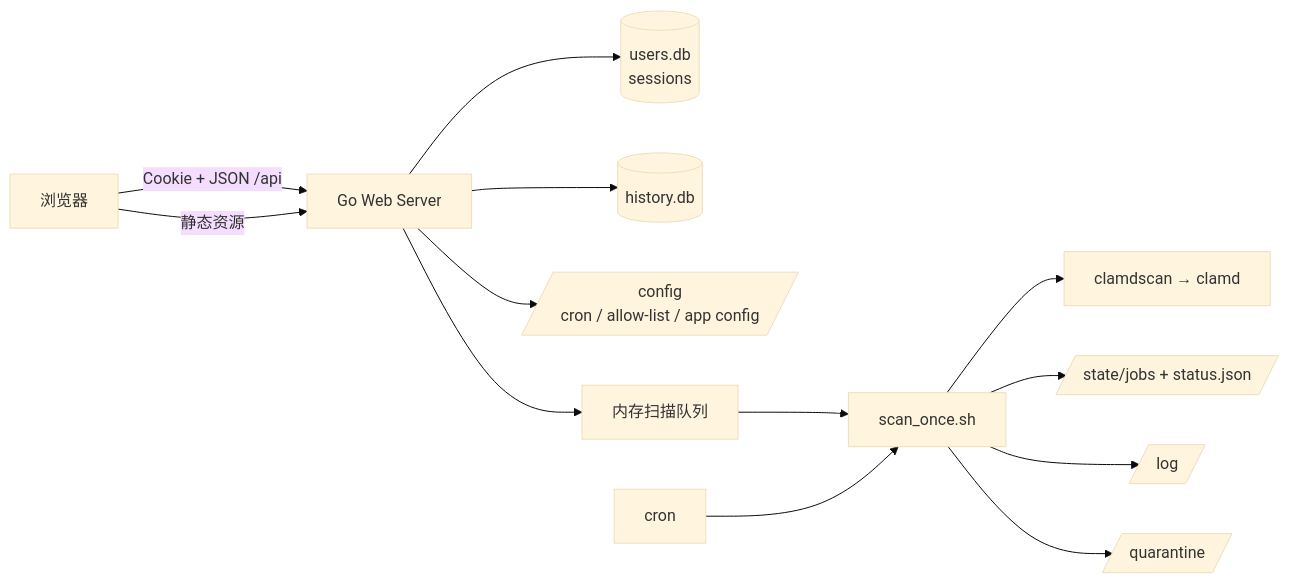
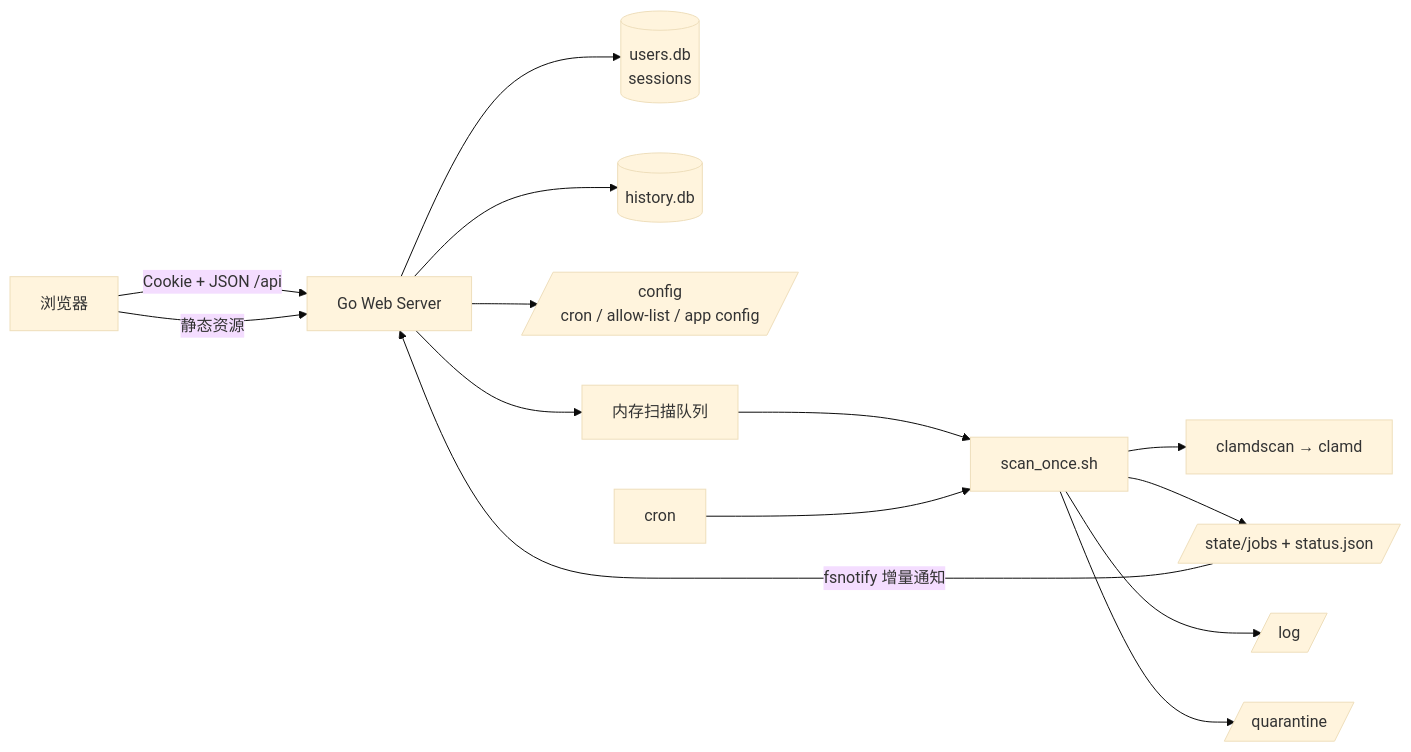
Before and after one commit to DrJason33564/ClamAV-Web: the diagram in DEV.md, drawn with Mermaid (base theme). The commit also changed other lines of this file and 6 other files, not shown here.

````diff
--- a/DEV.md
+++ b/DEV.md
@@ -19,15 +19,16 @@
 ```mermaid
 flowchart LR
   B[浏览器] -->|Cookie + JSON /api| W[Go Web Server]
   B -->|静态资源| W
   W --> U[(users.db\nsessions)]
   W --> H[(history.db)]
   W --> C[/config\ncron / allow-list / app config/]
   W --> Q[内存扫描队列]
   Q --> S[scan_once.sh]
   R[cron] --> S
   S --> D[clamdscan → clamd]
   S --> T[/state/jobs + status.json/]
+  T -->|fsnotify 增量通知| W
   S --> L[/log/]
   S --> Z[/quarantine/]
 ```
````
